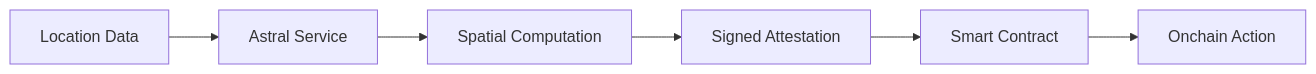
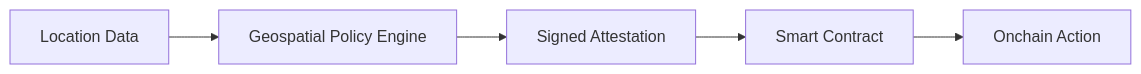
One commit to AstralProtocol/mintlify-docs changed the diagram in introduction.mdx. Above: the diagram before and after it, drawn with Mermaid. The commit also changed other lines of this file, not shown here.

````diff
--- a/introduction.mdx
+++ b/introduction.mdx
@@ -35,8 +34,7 @@
 ```mermaid
 graph LR
-    A[Location Data] --> B[Astral Service]
-    B --> C[Spatial Computation]
-    C --> D[Signed Attestation]
-    D --> E[Smart Contract]
-    E --> F[Onchain Action]
+    A[Location Data] --> B[Geospatial Policy Engine]
+    B --> C[Signed Attestation]
+    C --> D[Smart Contract]
+    D --> E[Onchain Action]
 ```
````
